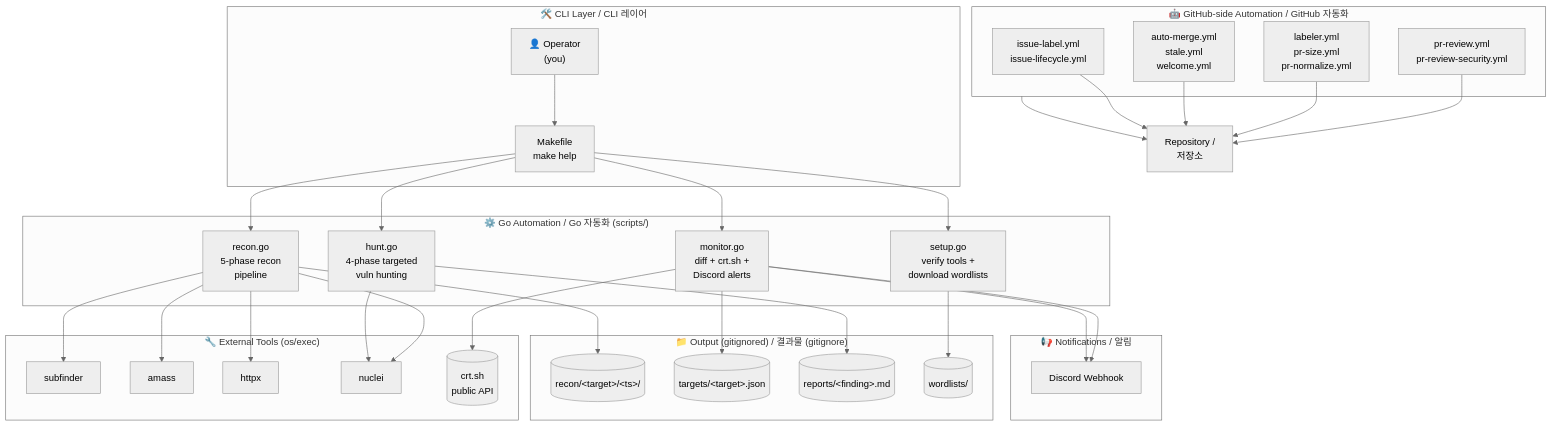
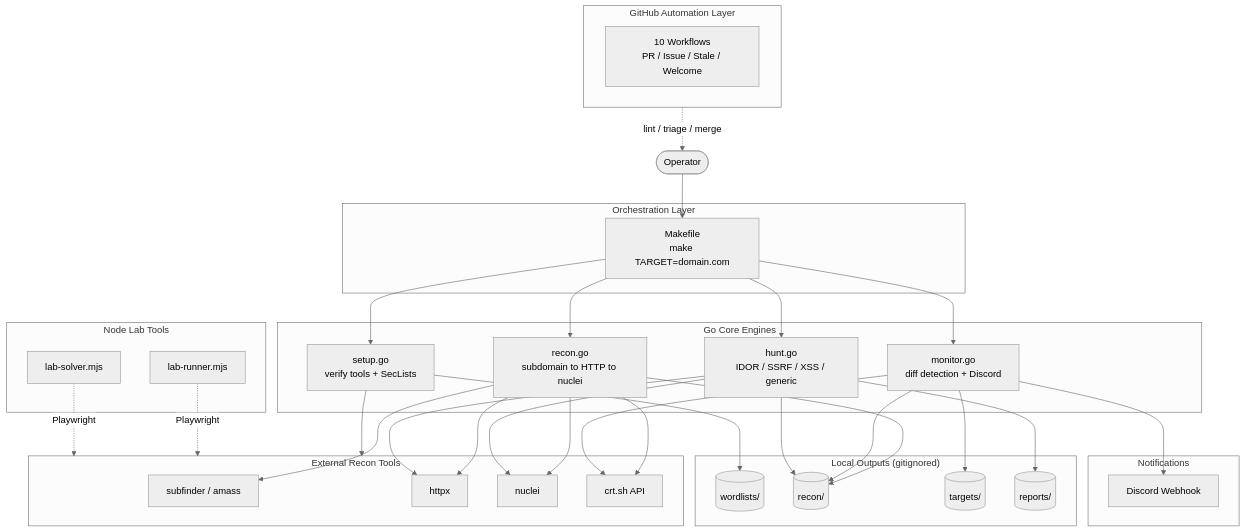
Before and after one commit to jclee941/bug: the diagram in README.md, drawn with Mermaid (neutral theme). The commit also changed other lines of this file, not shown here.

Commit message:
docs: auto-update README.md (#467)

````diff
--- a/README.md
+++ b/README.md
@@ -64,66 +74,72 @@
 ```mermaid
 flowchart TB
-    subgraph CLI["🛠️ CLI Layer / CLI 레이어"]
-        OP["👤 Operator<br/>(you)"]
-        MK["Makefile<br/>make help"]
+    U([Operator])
+
+    subgraph ORCH["Orchestration Layer"]
+        MK["Makefile<br/>make TARGET=domain.com"]
     end
 
-    subgraph CORE["⚙️ Go Automation / Go 자동화 (scripts/)"]
-        S1["setup.go<br/>verify tools +<br/>download wordlists"]
-        S2["recon.go<br/>5-phase recon<br/>pipeline"]
-        S3["monitor.go<br/>diff + crt.sh +<br/>Discord alerts"]
-        S4["hunt.go<br/>4-phase targeted<br/>vuln hunting"]
+    subgraph GOCORE["Go Core Engines"]
+        S1["setup.go<br/>verify tools + SecLists"]
+        S2["recon.go<br/>subdomain to HTTP to nuclei"]
+        S3["monitor.go<br/>diff detection + Discord"]
+        S4["hunt.go<br/>IDOR / SSRF / XSS / generic"]
     end
 
-    subgraph EXT["🔧 External Tools (os/exec)"]
-        SF["subfinder"]
-        AM["amass"]
-        HP["httpx"]
-        NU["nuclei"]
-        CR[("crt.sh<br/>public API")]
+    subgraph NODECORE["Node Lab Tools"]
+        N1["lab-runner.mjs"]
+        N2["lab-solver.mjs"]
     end
 
-    subgraph NOTIFY["📢 Notifications / 알림"]
-        DC["Discord Webhook"]
+    subgraph EXT["External Recon Tools"]
+        E1["subfinder / amass"]
+        E2["httpx"]
+        E3["nuclei"]
+        E4["crt.sh API"]
     end
 
-    subgraph OUT["📁 Output (gitignored) / 결과물 (gitignore)"]
-        R1[("recon/&lt;target&gt;/&lt;ts&gt;/")]
-        R2[("targets/&lt;target&gt;.json")]
-        R3[("reports/&lt;finding&gt;.md")]
-        WL[("wordlists/")]
+    subgraph OUT["Local Outputs (gitignored)"]
+        O1[("wordlists/")]
+        O2[("recon/")]
+        O3[("targets/")]
+        O4[("reports/")]
     end
 
-    subgraph GH["🤖 GitHub-side Automation / GitHub 자동화"]
-        WF1["pr-review.yml<br/>pr-review-security.yml"]
-        WF2["labeler.yml<br/>pr-size.yml<br/>pr-normalize.yml"]
-        WF3["auto-merge.yml<br/>stale.yml<br/>welcome.yml"]
-        WF4["issue-label.yml<br/>issue-lifecycle.yml"]
+    subgraph NOTIF["Notifications"]
+        D["Discord Webhook"]
     end
 
-    OP --> MK
+    subgraph GH["GitHub Automation Layer"]
+        W["10 Workflows<br/>PR / Issue / Stale / Welcome"]
+    end
+
+    U --> MK
     MK --> S1
     MK --> S2
     MK --> S3
     MK --> S4
 
-    S2 --> SF
-    S2 --> AM
-    S2 --> HP
-    S2 --> NU
-    S3 --> CR
-    S3 --> DC
-    S4 --> NU
+    S1 --> EXT
+    S1 --> O1
 
-    S1 --> WL
-    S2 --> R1
-    S3 --> R2
-    S3 --> DC
-    S4 --> R3
+    S2 --> E1
+    S2 --> E2
+    S2 --> E3
+    S2 --> E4
+    S2 --> O2
 
-    GH --> REPO["Repository /<br/>저장소"]
-    WF1 --> REPO
-    WF2 --> REPO
-    WF3 --> REPO
-    WF4 --> REPO
+    S3 --> E4
+    S3 --> O2
+    S3 --> O3
+    S3 --> D
+
+    S4 --> E2
+    S4 --> E3
+    S4 --> O2
+    S4 --> O4
+
+    N1 -. Playwright .-> EXT
+    N2 -. Playwright .-> EXT
+
+    GH -. lint / triage / merge .-> U
 ```
````
